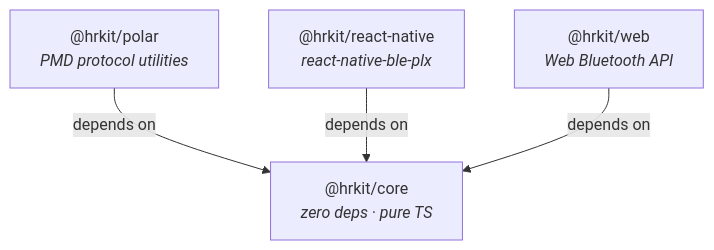
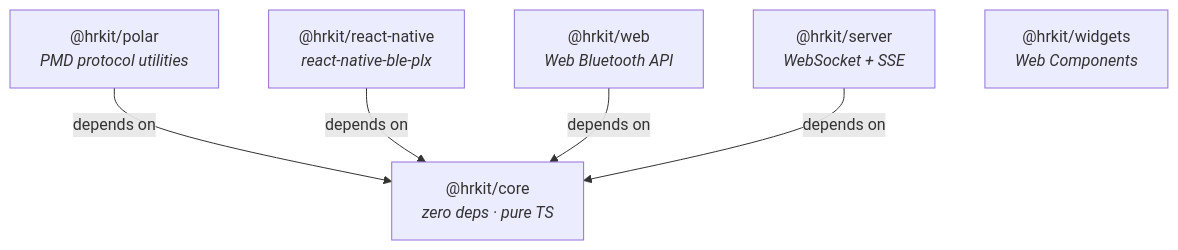
One commit to josedab/hrkit changed the diagram in website/docs/core-concepts/architecture.md. Above: the diagram before and after it, drawn with Mermaid. The commit also changed other lines of this file and 13 other files, not shown here.

````diff
--- a/website/docs/core-concepts/architecture.md
+++ b/website/docs/core-concepts/architecture.md
@@ -13,11 +13,14 @@
 ```mermaid
 graph TD
     CORE["@hrkit/core<br/><i>zero deps · pure TS</i>"]
     POLAR["@hrkit/polar<br/><i>PMD protocol utilities</i>"]
     RN["@hrkit/react-native<br/><i>react-native-ble-plx</i>"]
     WEB["@hrkit/web<br/><i>Web Bluetooth API</i>"]
+    SERVER["@hrkit/server<br/><i>WebSocket + SSE</i>"]
+    WIDGETS["@hrkit/widgets<br/><i>Web Components</i>"]
 
     POLAR -->|depends on| CORE
     RN -->|depends on| CORE
     WEB -->|depends on| CORE
+    SERVER -->|depends on| CORE
 ```
````
